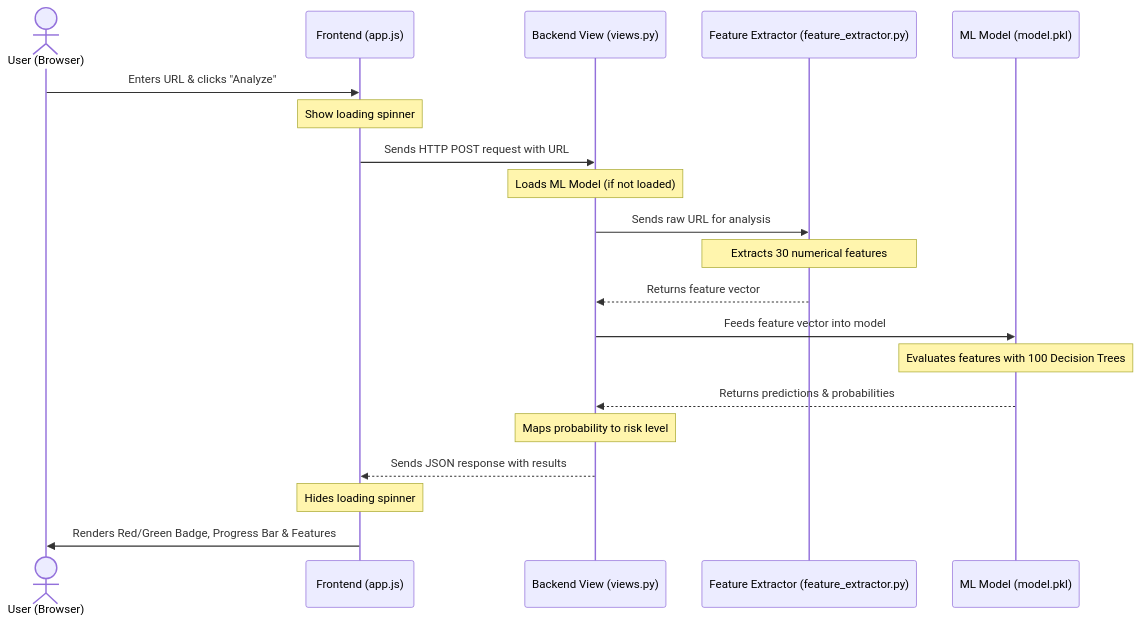
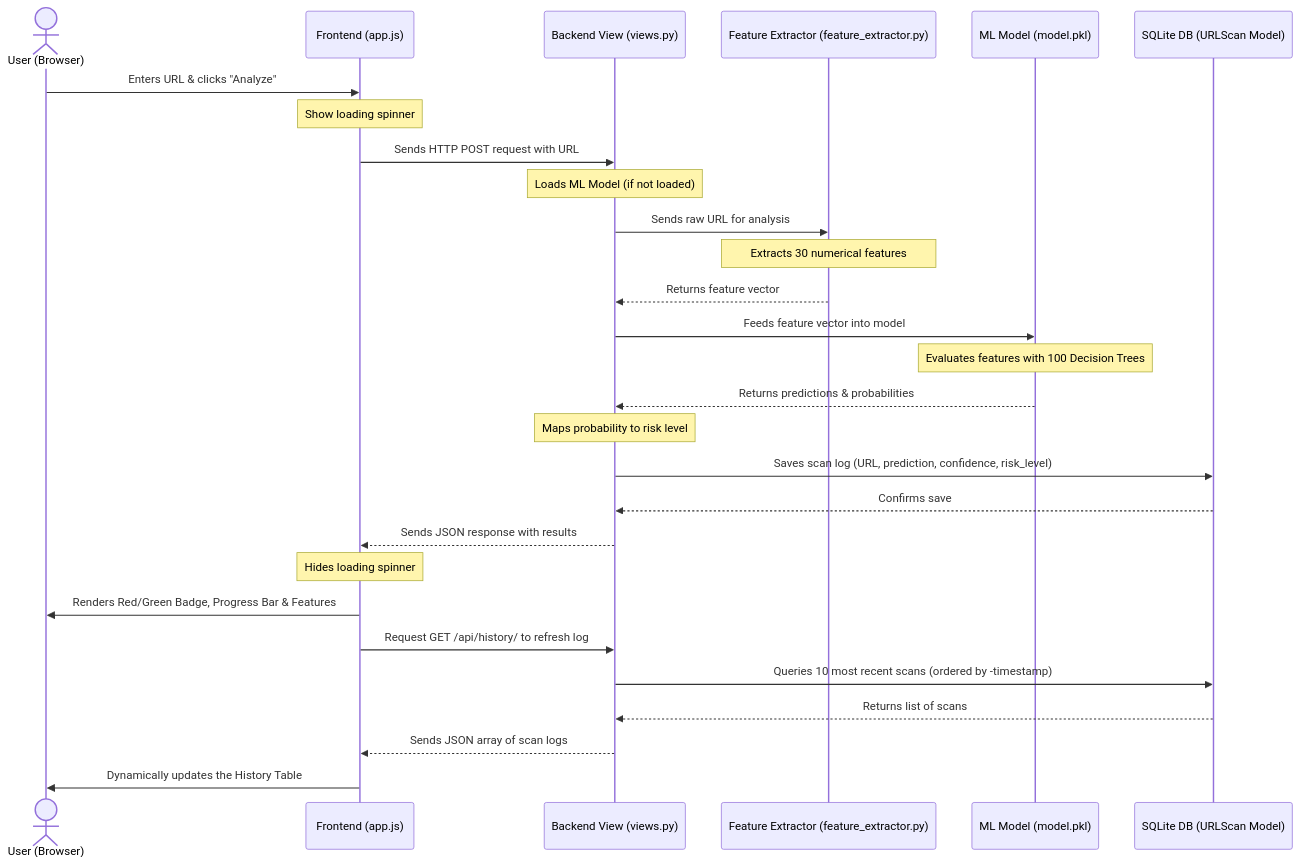
The diagram in HOW_IT_WORKS.md (nitishChangti/phising), drawn with Mermaid before and after one commit. The commit also changed other lines of this file and 1 other file, not shown here.

Commit message:
docs: update project documentation to reflect SQLite persistence, history logging, and dynamic model metrics in the frontend

````diff
--- a/HOW_IT_WORKS.md
+++ b/HOW_IT_WORKS.md
@@ -9,23 +9,31 @@
 ```mermaid
 sequenceDiagram
     actor User as User (Browser)
     participant Front as Frontend (app.js)
     participant Back as Backend View (views.py)
     participant FE as Feature Extractor (feature_extractor.py)
     participant ML as ML Model (model.pkl)
+    participant DB as SQLite DB (URLScan Model)
 
     User->>Front: Enters URL & clicks "Analyze"
     Note over Front: Show loading spinner
     Front->>Back: Sends HTTP POST request with URL
     Note over Back: Loads ML Model (if not loaded)
     Back->>FE: Sends raw URL for analysis
     Note over FE: Extracts 30 numerical features
     FE-->>Back: Returns feature vector
     Back->>ML: Feeds feature vector into model
     Note over ML: Evaluates features with 100 Decision Trees
     ML-->>Back: Returns predictions & probabilities
     Note over Back: Maps probability to risk level
+    Back->>DB: Saves scan log (URL, prediction, confidence, risk_level)
+    DB-->>Back: Confirms save
     Back-->>Front: Sends JSON response with results
     Note over Front: Hides loading spinner
     Front->>User: Renders Red/Green Badge, Progress Bar & Features
+    Front->>Back: Request GET /api/history/ to refresh log
+    Back->>DB: Queries 10 most recent scans (ordered by -timestamp)
+    DB-->>Back: Returns list of scans
+    Back-->>Front: Sends JSON array of scan logs
+    Front->>User: Dynamically updates the History Table
 ```
````
